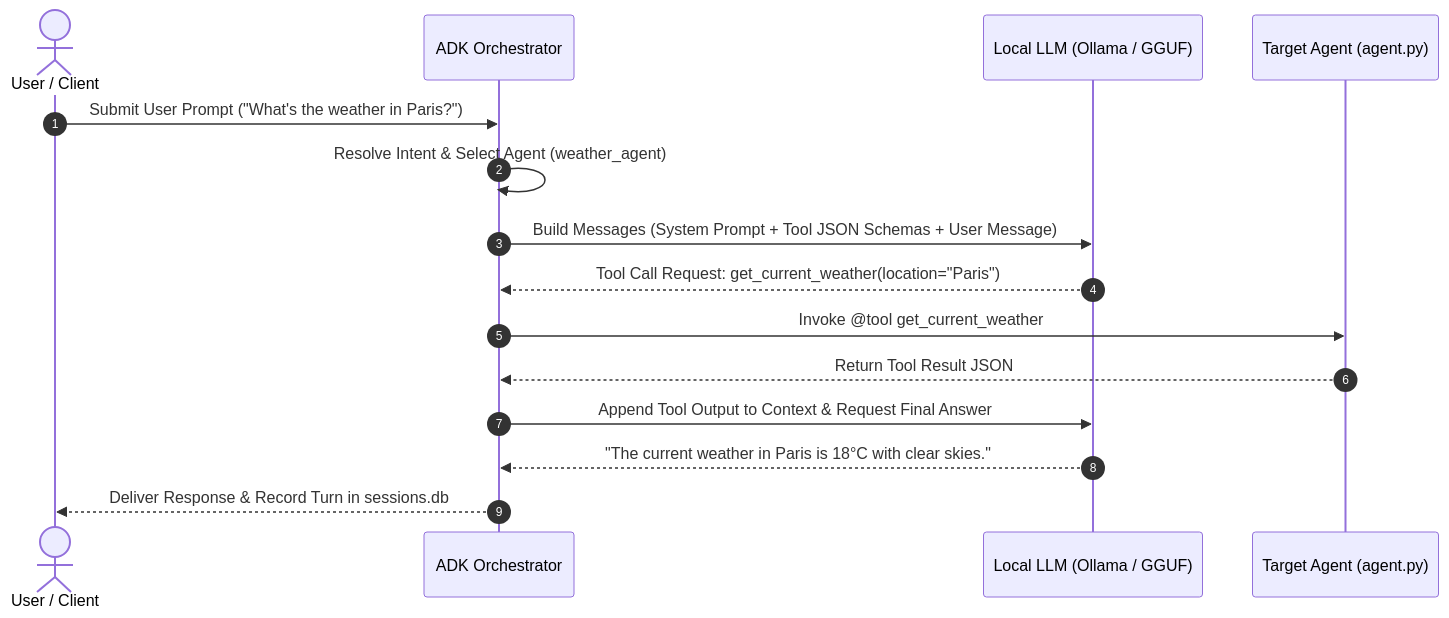
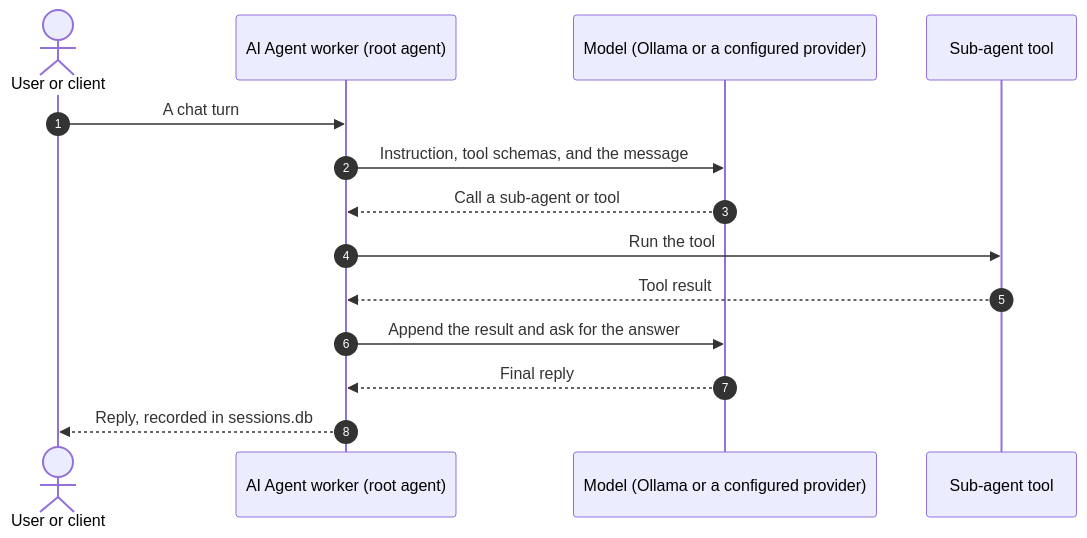
Before and after one commit to autoyou-ai/AutoYou-Server: the diagram in docs/agent-framework/architecture.mdx, drawn with Mermaid. The commit also changed other lines of this file and 64 other files, not shown here.

````diff
--- a/docs/agent-framework/architecture.mdx
+++ b/docs/agent-framework/architecture.mdx
@@ -84,18 +36,17 @@
 ```mermaid
 sequenceDiagram
     autonumber
-    actor User as User / Client
-    participant Orch as ADK Orchestrator
-    participant Model as Local LLM (Ollama / GGUF)
-    participant Agent as Target Agent (agent.py)
+    actor User as User or client
+    participant Worker as AI Agent worker (root agent)
+    participant Model as Model (Ollama or a configured provider)
+    participant Agent as Sub-agent tool
 
-    User->>Orch: Submit User Prompt ("What's the weather in Paris?")
-    Orch->>Orch: Resolve Intent & Select Agent (weather_agent)
-    Orch->>Model: Build Messages (System Prompt + Tool JSON Schemas + User Message)
-    Model-->>Orch: Tool Call Request: get_current_weather(location="Paris")
-    Orch->>Agent: Invoke @tool get_current_weather
-    Agent-->>Orch: Return Tool Result JSON
-    Orch->>Model: Append Tool Output to Context & Request Final Answer
-    Model-->>Orch: "The current weather in Paris is 18°C with clear skies."
-    Orch-->>User: Deliver Response & Record Turn in sessions.db
+    User->>Worker: A chat turn
+    Worker->>Model: Instruction, tool schemas, and the message
+    Model-->>Worker: Call a sub-agent or tool
+    Worker->>Agent: Run the tool
+    Agent-->>Worker: Tool result
+    Worker->>Model: Append the result and ask for the answer
+    Model-->>Worker: Final reply
+    Worker-->>User: Reply, recorded in sessions.db
 ```
````
